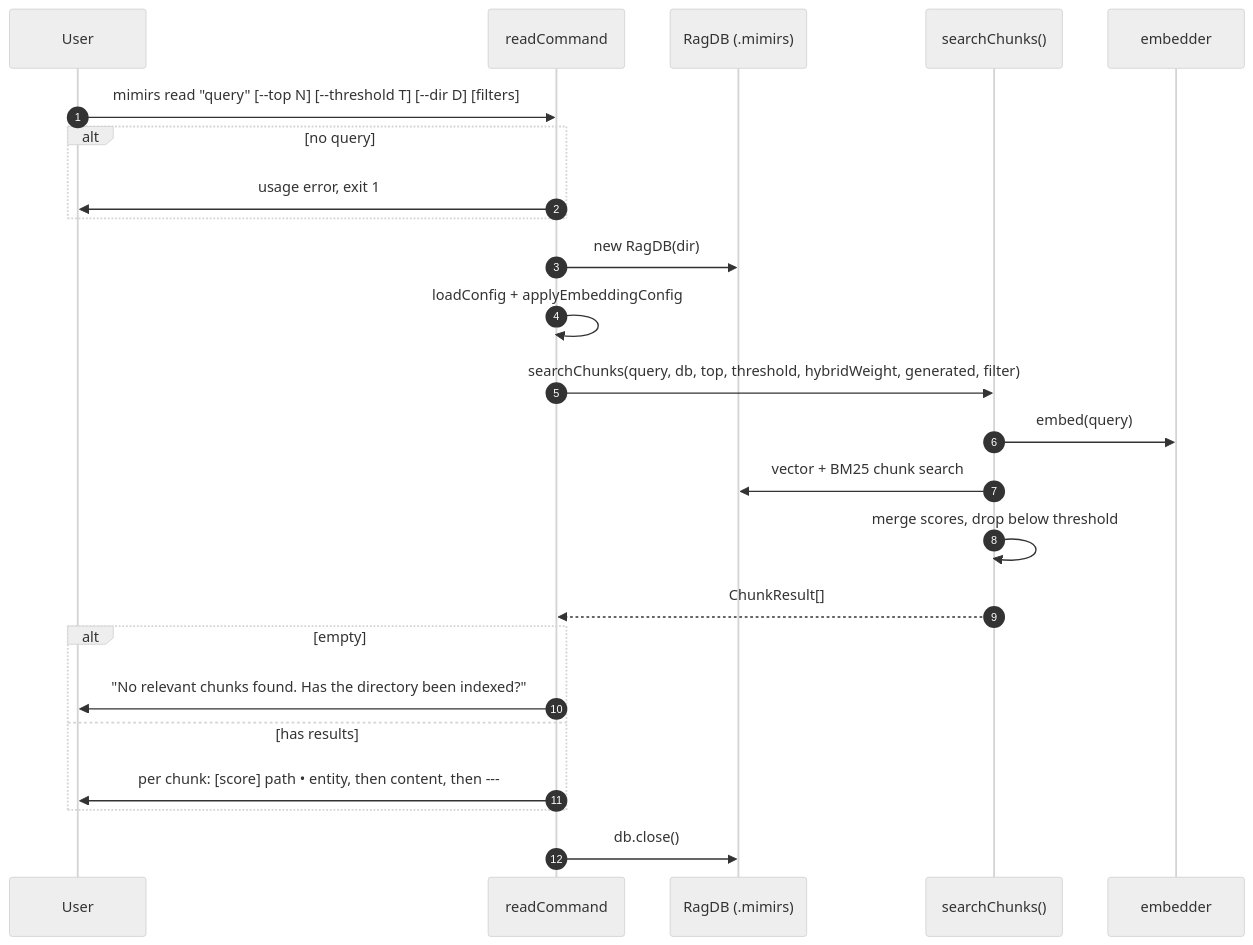
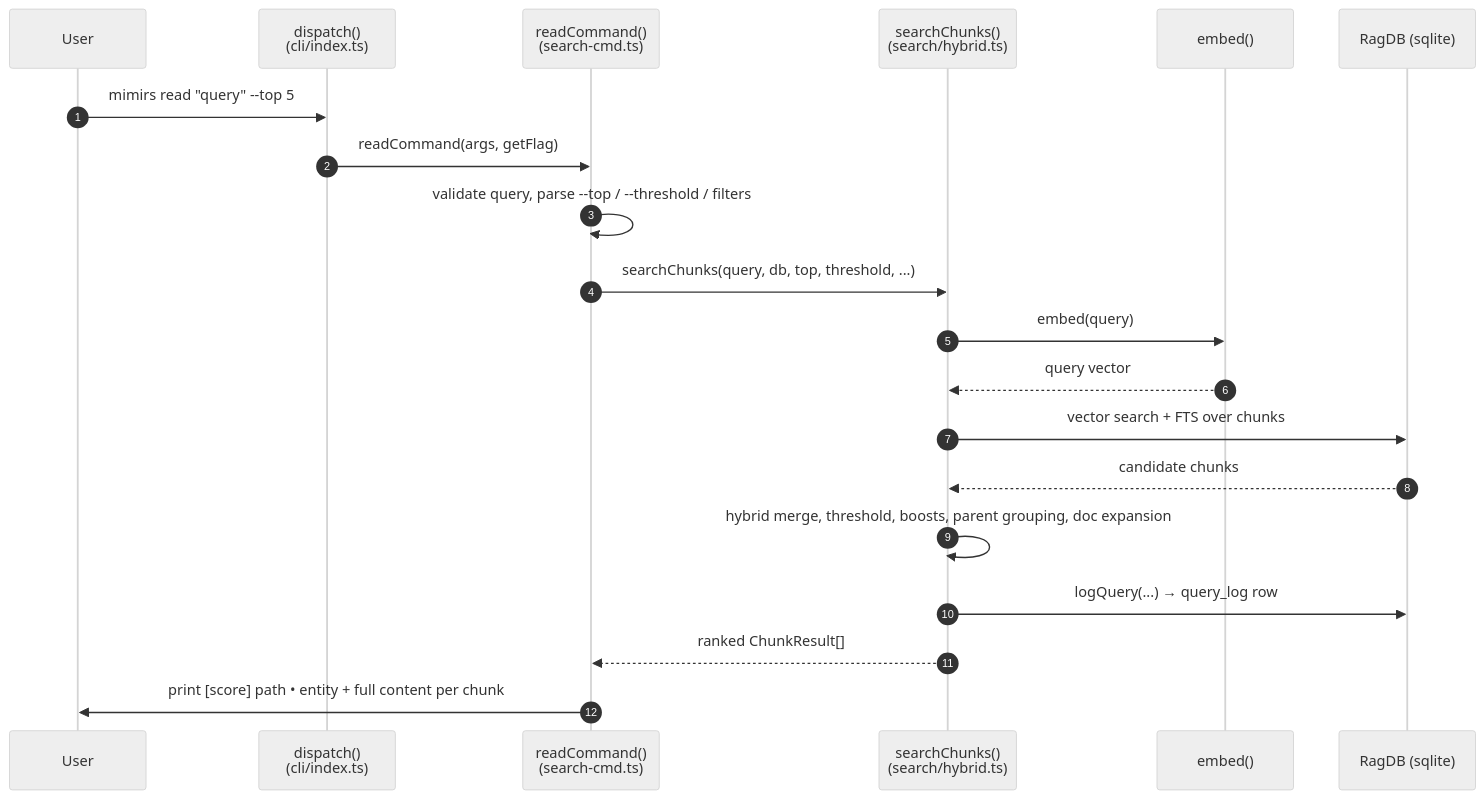
The diagram in wiki/cli/read.md (TheWinci/mimirs), drawn with Mermaid (neutral theme) before and after one commit. The commit also changed other lines of this file and 51 other files, not shown here.

````diff
--- a/wiki/cli/read.md
+++ b/wiki/cli/read.md
@@ -23,27 +11,22 @@
 ```mermaid
 sequenceDiagram
     autonumber
     participant User
-    participant Cmd as readCommand
-    participant DB as RagDB (.mimirs)
-    participant SearchChunks as searchChunks()
-    participant Embed as embedder
-
-    User->>Cmd: mimirs read "query" [--top N] [--threshold T] [--dir D] [filters]
-    alt no query
-        Cmd->>User: usage error, exit 1
-    end
-    Cmd->>DB: new RagDB(dir)
-    Cmd->>Cmd: loadConfig + applyEmbeddingConfig
-    Cmd->>SearchChunks: searchChunks(query, db, top, threshold, hybridWeight, generated, filter)
-    SearchChunks->>Embed: embed(query)
-    SearchChunks->>DB: vector + BM25 chunk search
-    SearchChunks->>SearchChunks: merge scores, drop below threshold
-    SearchChunks-->>Cmd: ChunkResult[]
-    alt empty
-        Cmd->>User: "No relevant chunks found. Has the directory been indexed?"
-    else has results
-        Cmd->>User: per chunk: [score] path • entity, then content, then ---
-    end
-    Cmd->>DB: db.close()
+    participant Dispatch as dispatch()<br>(cli/index.ts)
+    participant Handler as readCommand()<br>(search-cmd.ts)
+    participant Engine as searchChunks()<br>(search/hybrid.ts)
+    participant Embed as embed()
+    participant DB as RagDB (sqlite)
+    User->>Dispatch: mimirs read "query" --top 5
+    Dispatch->>Handler: readCommand(args, getFlag)
+    Handler->>Handler: validate query, parse --top / --threshold / filters
+    Handler->>Engine: searchChunks(query, db, top, threshold, ...)
+    Engine->>Embed: embed(query)
+    Embed-->>Engine: query vector
+    Engine->>DB: vector search + FTS over chunks
+    DB-->>Engine: candidate chunks
+    Engine->>Engine: hybrid merge, threshold, boosts, parent grouping, doc expansion
+    Engine->>DB: logQuery(...) → query_log row
+    Engine-->>Handler: ranked ChunkResult[]
+    Handler->>User: print [score] path • entity + full content per chunk
 ```
````
